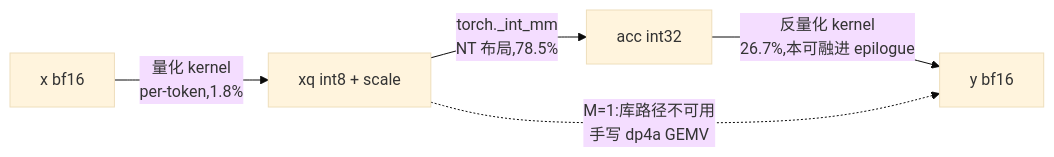
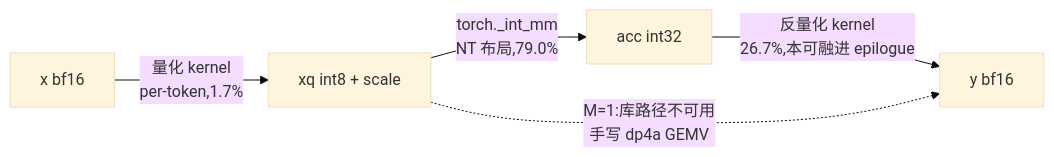
The diagram in w8a8/README.md (lyell0710/Kernel_Optimazation), drawn with Mermaid (base theme) before and after one commit. The commit also changed other lines of this file and 19 other files, not shown here.

````diff
--- a/w8a8/README.md
+++ b/w8a8/README.md
@@ -54,7 +54,7 @@
 ```mermaid
 flowchart LR
-    x["x bf16"] -->|"量化 kernel<br>per-token,1.8%"| xq["xq int8 + scale"]
-    xq -->|"torch._int_mm<br>NT 布局,78.5%"| acc["acc int32"]
+    x["x bf16"] -->|"量化 kernel<br>per-token,1.7%"| xq["xq int8 + scale"]
+    xq -->|"torch._int_mm<br>NT 布局,79.0%"| acc["acc int32"]
     acc -->|"反量化 kernel<br>26.7%,本可融进 epilogue"| y["y bf16"]
     xq -.->|"M=1:库路径不可用<br>手写 dp4a GEMV"| y
 ```
````
